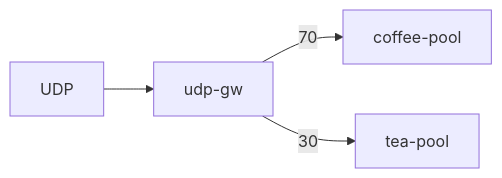
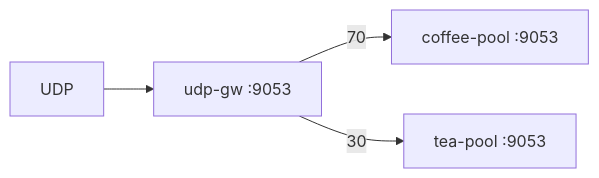
The diagram in Advanced_Feature/3.19_UDPRoute_Weight/README.md (mink0119/2609_f5bnk), drawn with Mermaid before and after one commit. The commit also changed other lines of this file and 80 other files, not shown here.

````diff
--- a/Advanced_Feature/3.19_UDPRoute_Weight/README.md
+++ b/Advanced_Feature/3.19_UDPRoute_Weight/README.md
@@ -5,6 +7,6 @@
 ```mermaid
 flowchart LR
-  C[UDP] --> GW[udp-gw]
-  GW -->|70| P1[coffee-pool]
-  GW -->|30| P2[tea-pool]
+  C[UDP] --> GW[udp-gw :9053]
+  GW -->|70| P1[coffee-pool :9053]
+  GW -->|30| P2[tea-pool :9053]
 ```
````
